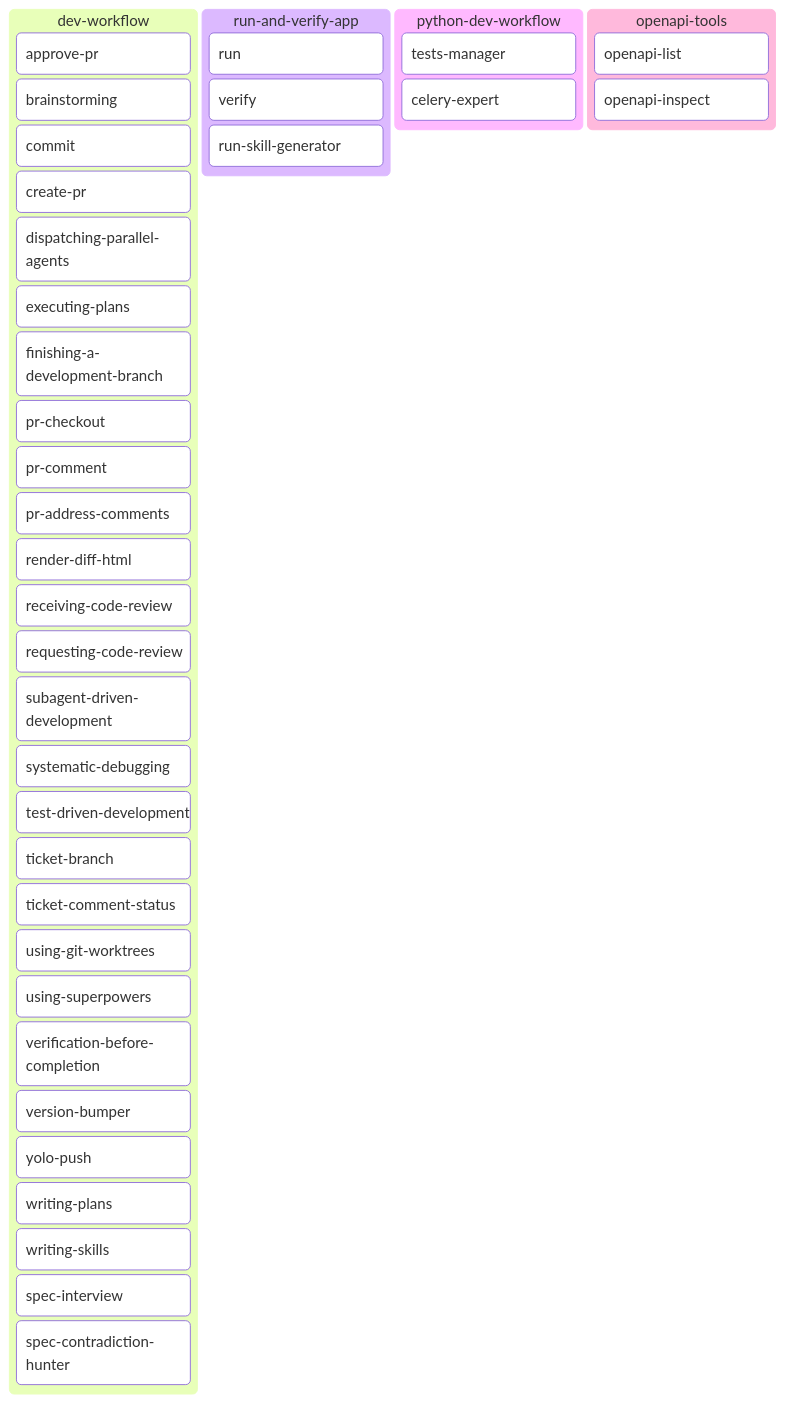
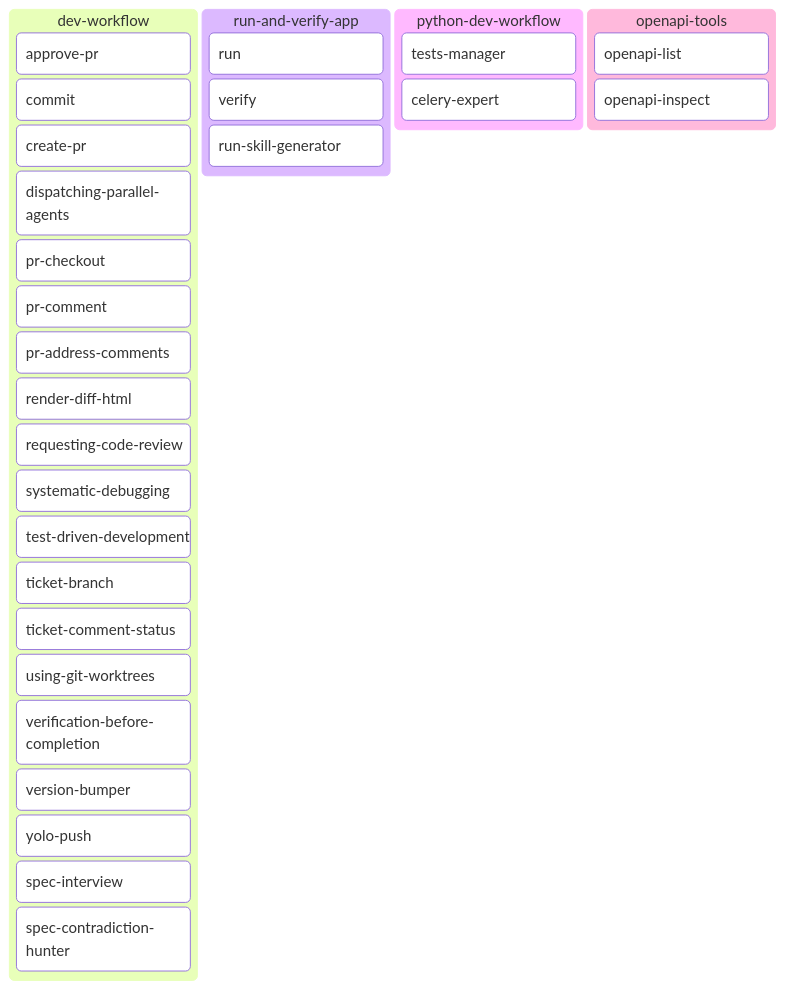
Before and after one commit to Alex-Kopylov/zweihander: the third of 4 diagrams in README.md, drawn with Mermaid. The commit also changed other lines of this file and 41 other files, not shown here.

````diff
--- a/README.md
+++ b/README.md
@@ -56,41 +56,33 @@
 ```mermaid
 kanban
   dev_workflow[dev-workflow]
     dw_approve_pr[approve-pr]
-    dw_brainstorming[brainstorming]
     dw_commit[commit]
     dw_create_pr[create-pr]
     dw_dispatching_parallel_agents[dispatching-parallel-agents]
-    dw_executing_plans[executing-plans]
-    dw_finishing_development_branch[finishing-a-development-branch]
     dw_pr_checkout[pr-checkout]
     dw_pr_comment[pr-comment]
     dw_pr_address_comments[pr-address-comments]
     dw_render_diff_html[render-diff-html]
-    dw_receiving_code_review[receiving-code-review]
     dw_requesting_code_review[requesting-code-review]
-    dw_subagent_driven_development[subagent-driven-development]
     dw_systematic_debugging[systematic-debugging]
     dw_test_driven_development[test-driven-development]
     dw_ticket_branch[ticket-branch]
     dw_ticket_comment_status[ticket-comment-status]
     dw_using_git_worktrees[using-git-worktrees]
-    dw_using_superpowers[using-superpowers]
     dw_verification_before_completion[verification-before-completion]
     dw_version_bumper[version-bumper]
     dw_yolo_push[yolo-push]
-    dw_writing_plans[writing-plans]
-    dw_writing_skills[writing-skills]
     dw_spec_interview[spec-interview]
     dw_spec_contradiction_hunter[spec-contradiction-hunter]
   run_and_verify_app[run-and-verify-app]
     rva_run[run]
     rva_verify[verify]
     rva_run_skill_generator[run-skill-generator]
   python_dev_workflow[python-dev-workflow]
     pdw_tests_manager[tests-manager]
     pdw_celery_expert[celery-expert]
   openapi_tools[openapi-tools]
     oat_openapi_list[openapi-list]
     oat_openapi_inspect[openapi-inspect]
 ```
````
